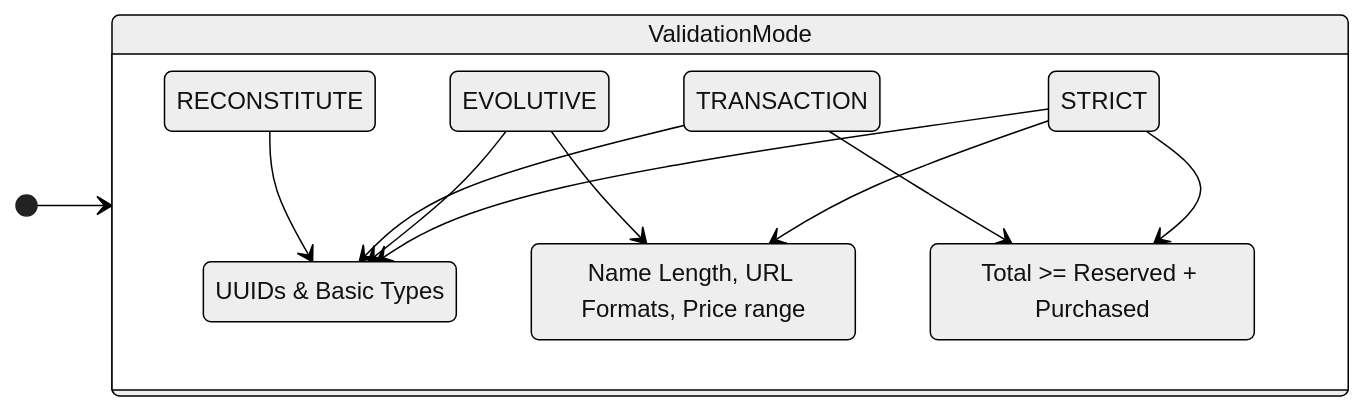
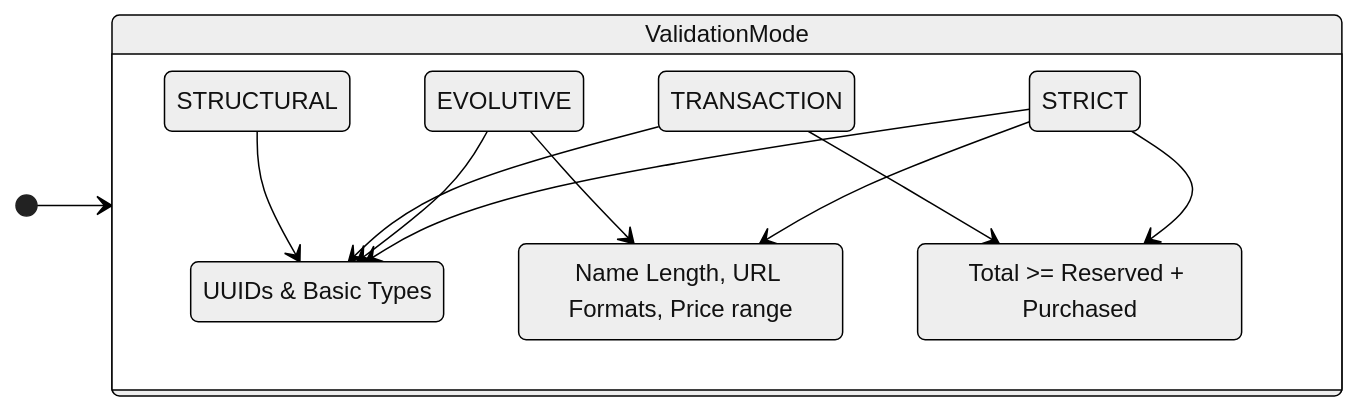
One commit to ZoePorta/wishin changed the second of 2 diagrams in docs/architecture/domain-model.md. Above: the diagram before and after it, drawn with Mermaid (neutral theme). The commit also changed other lines of this file, not shown here.

Commit message:
docs(arch): update validation mode RECONSTITUTE -> STRUCTURAL in domain model

````diff
--- a/docs/architecture/domain-model.md
+++ b/docs/architecture/domain-model.md
@@ -77,26 +77,26 @@
 ```mermaid
 stateDiagram-v2
     direction LR
     [*] --> ValidationMode
 
     state ValidationMode {
         direction TB
         STRICT --> Structural
         STRICT --> Business
         STRICT --> Inventory
 
         EVOLUTIVE --> Structural
         EVOLUTIVE --> Business
 
         TRANSACTION --> Structural
         TRANSACTION --> Inventory
 
-        RECONSTITUTE --> Structural
+        STRUCTURAL --> Structural
     }
 
     Structural: UUIDs & Basic Types
     Business: Name Length, URL Formats, Price range
     Inventory: Total >= Reserved + Purchased
 
 
 ```
````
